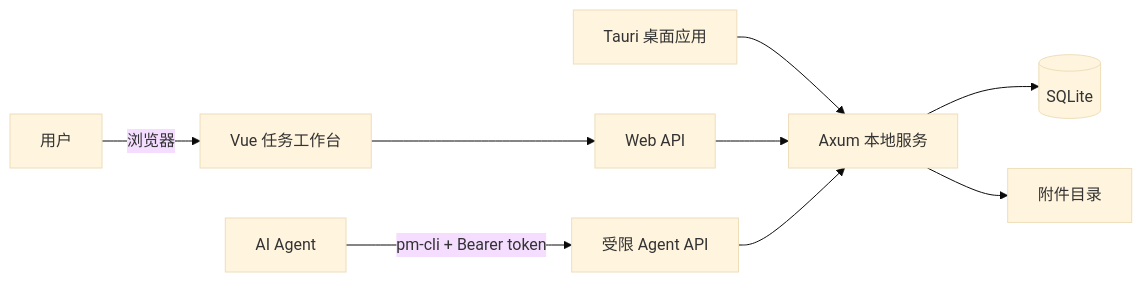
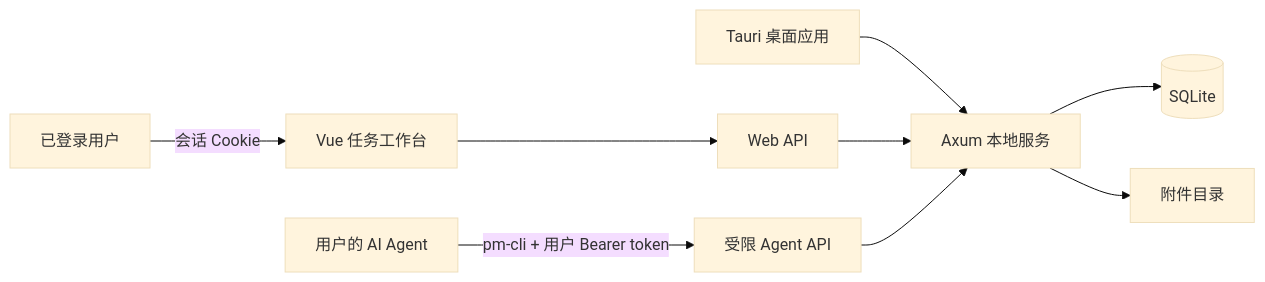
The diagram in README.md (qiushenx12/agents-pm-tool), drawn with Mermaid (base theme) before and after one commit. The commit also changed other lines of this file and 43 other files, not shown here.

````diff
--- a/README.md
+++ b/README.md
@@ -25,11 +27,11 @@
 ```mermaid
 flowchart LR
-    User[用户] -->|浏览器| Web[Vue 任务工作台]
-    Agent[AI Agent] -->|pm-cli + Bearer token| AgentAPI[受限 Agent API]
+    User[已登录用户] -->|会话 Cookie| Web[Vue 任务工作台]
+    Agent[用户的 AI Agent] -->|pm-cli + 用户 Bearer token| AgentAPI[受限 Agent API]
     Desktop[Tauri 桌面应用] --> Server[Axum 本地服务]
     Web --> WebAPI[Web API]
     WebAPI --> Server
     AgentAPI --> Server
     Server --> DB[(SQLite)]
     Server --> Files[附件目录]
 ```
````
